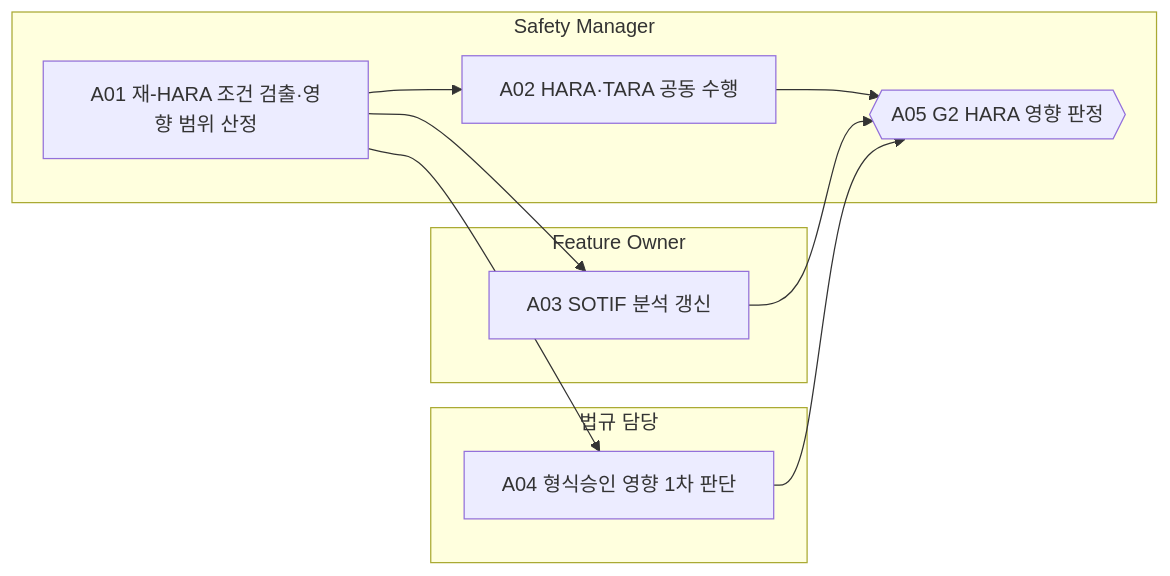
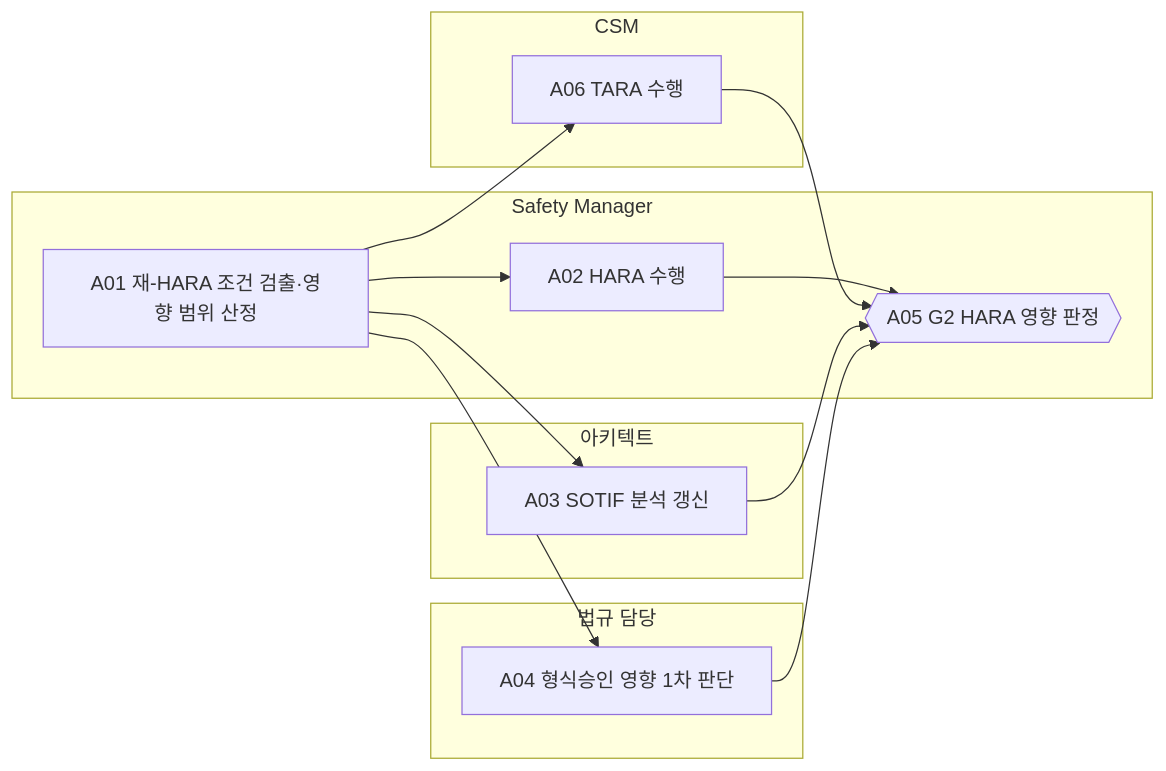
One commit to mutuuslab/feature-topology-platform changed the diagram in docs/65-workflows/out/processes/FPW.2.md. Above: the diagram before and after it, drawn with Mermaid. The commit also changed other lines of this file and 64 other files, not shown here.

First line of the commit message:
역할 배정 결정 반영 — HARA·TARA 분리, 요청·승인 책임 분리, SOTIF·사후 검토 담당, 부서 R&R 활동당 한 줄 표

````diff
--- a/docs/65-workflows/out/processes/FPW.2.md
+++ b/docs/65-workflows/out/processes/FPW.2.md
@@ -26,20 +26,25 @@
 ```mermaid
 flowchart LR
   subgraph R_SM["Safety Manager"]
     FPW_2_A01["A01 재-HARA 조건 검출·영향 범위 산정"]
-    FPW_2_A02["A02 HARA·TARA 공동 수행"]
+    FPW_2_A02["A02 HARA 수행"]
     FPW_2_A05{{"A05 G2 HARA 영향 판정"}}
   end
-  subgraph R_FO["Feature Owner"]
+  subgraph R_CSM["CSM"]
+    FPW_2_A06["A06 TARA 수행"]
+  end
+  subgraph R_ARC["아키텍트"]
     FPW_2_A03["A03 SOTIF 분석 갱신"]
   end
   subgraph R_REG["법규 담당"]
     FPW_2_A04["A04 형식승인 영향 1차 판단"]
   end
   FPW_2_A01 --> FPW_2_A02
+  FPW_2_A01 --> FPW_2_A06
   FPW_2_A01 --> FPW_2_A03
   FPW_2_A01 --> FPW_2_A04
   FPW_2_A02 --> FPW_2_A05
+  FPW_2_A06 --> FPW_2_A05
   FPW_2_A03 --> FPW_2_A05
   FPW_2_A04 --> FPW_2_A05
 ```
````
